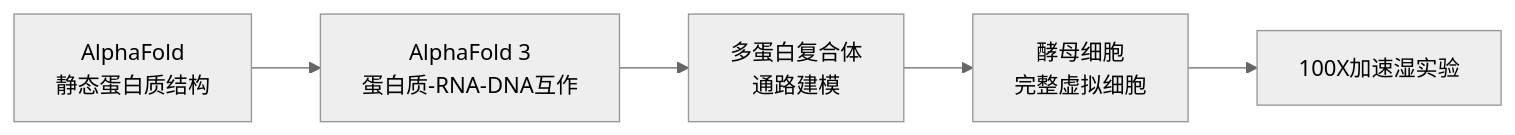
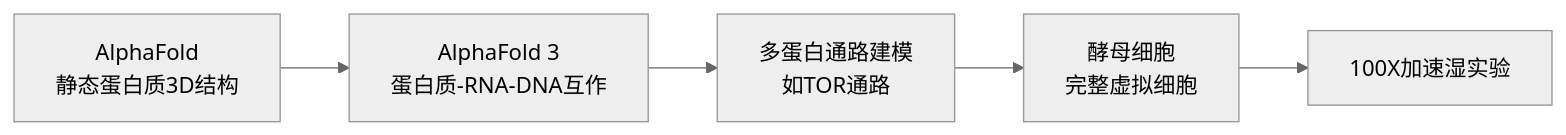
The diagram in 5.Finance/Demis Hassabis诺奖访谈-量化启示.md (aawujie/obsidian-notes), drawn with Mermaid (neutral theme) before and after one commit. The commit also changed other lines of this file, not shown here.

````diff
--- a/5.Finance/Demis Hassabis诺奖访谈-量化启示.md
+++ b/5.Finance/Demis Hassabis诺奖访谈-量化启示.md
@@ -107,7 +150,7 @@
 ```mermaid
 graph LR
-    A["AlphaFold<br/>静态蛋白质结构"] --> B["AlphaFold 3<br/>蛋白质-RNA-DNA互作"]
-    B --> C["多蛋白复合体<br/>通路建模"]
+    A["AlphaFold<br/>静态蛋白质3D结构"] --> B["AlphaFold 3<br/>蛋白质-RNA-DNA互作"]
+    B --> C["多蛋白通路建模<br/>如TOR通路"]
     C --> D["酵母细胞<br/>完整虚拟细胞"]
     D --> E["100X加速湿实验"]
 ```
````
